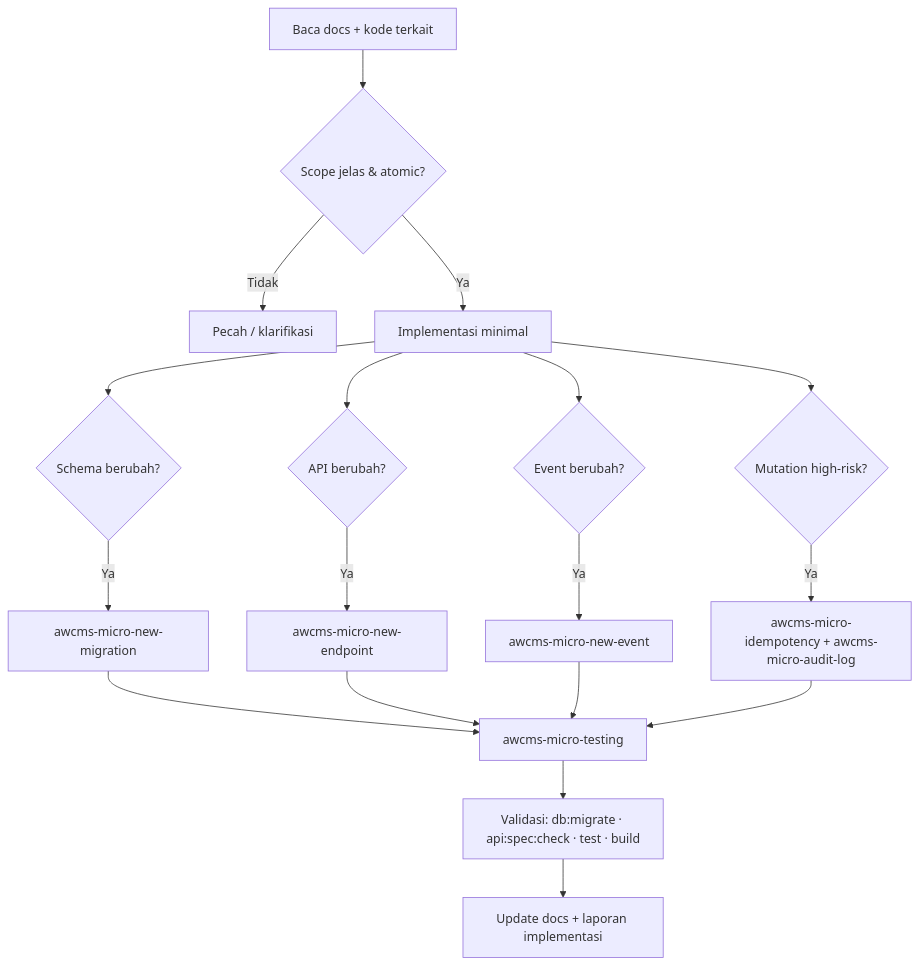
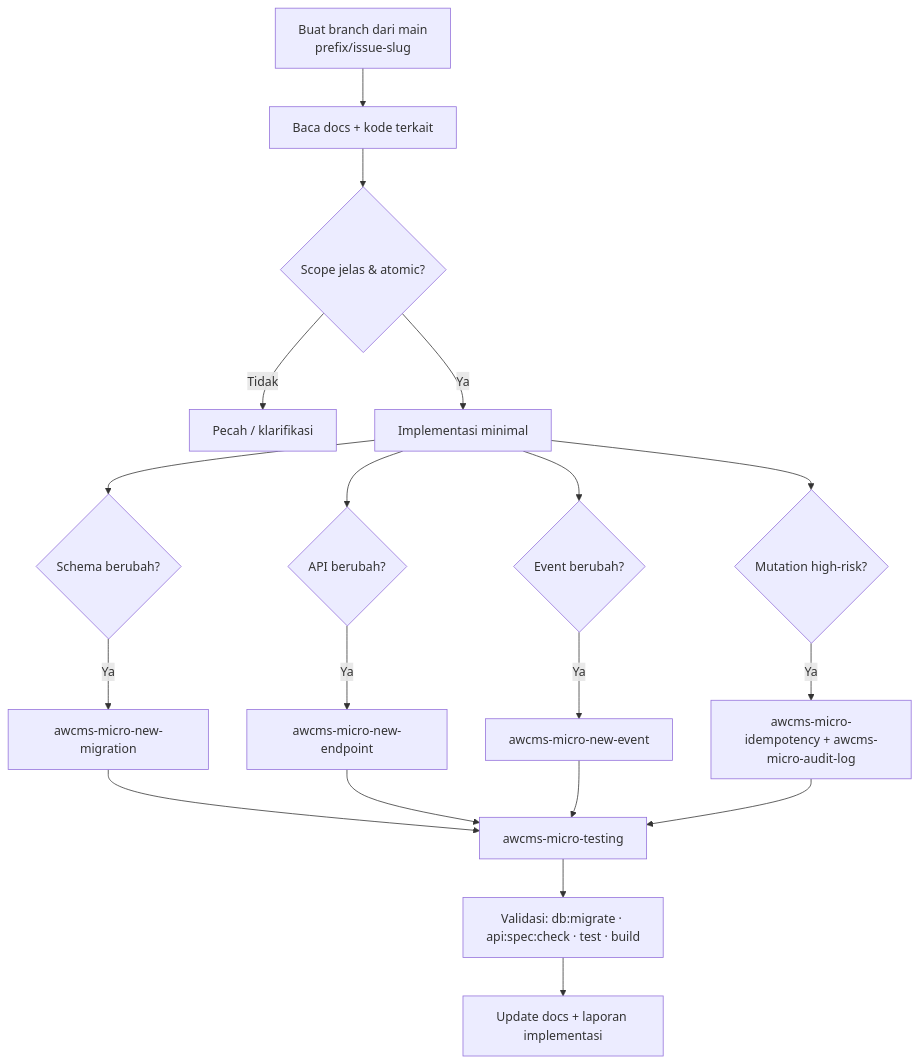
One commit to ahliweb/awcms-micro changed the diagram in .claude/skills/awcms-micro-implement-issue/SKILL.md. Above: the diagram before and after it, drawn with Mermaid. The commit also changed other lines of this file and 1 other file, not shown here.

First line of the commit message:
docs(workflow): require creating a branch before implementing an issue (#274)

````diff
--- a/.claude/skills/awcms-micro-implement-issue/SKILL.md
+++ b/.claude/skills/awcms-micro-implement-issue/SKILL.md
@@ -19,13 +36,14 @@
 ```mermaid
 flowchart TD
-  A[Baca docs + kode terkait] --> B{Scope jelas & atomic?}
+  A0[Buat branch dari main<br/>prefix/issue-slug] --> A[Baca docs + kode terkait]
+  A --> B{Scope jelas & atomic?}
   B -- Tidak --> C[Pecah / klarifikasi]
   B -- Ya --> D[Implementasi minimal]
   D --> E{Schema berubah?} -->|Ya| M[awcms-micro-new-migration]
   D --> F{API berubah?} -->|Ya| P[awcms-micro-new-endpoint]
   D --> G{Event berubah?} -->|Ya| V[awcms-micro-new-event]
   D --> H{Mutation high-risk?} -->|Ya| I[awcms-micro-idempotency + awcms-micro-audit-log]
   M & P & V & I --> T[awcms-micro-testing]
   T --> Q[Validasi: db:migrate · api:spec:check · test · build]
   Q --> R[Update docs + laporan implementasi]
 ```
````
